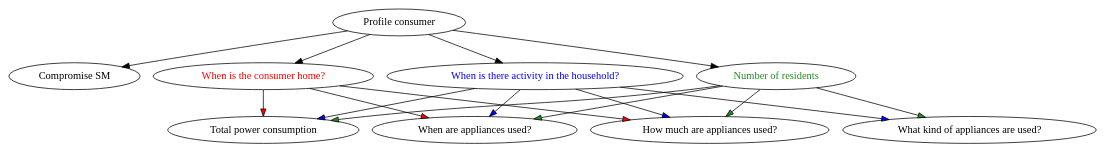
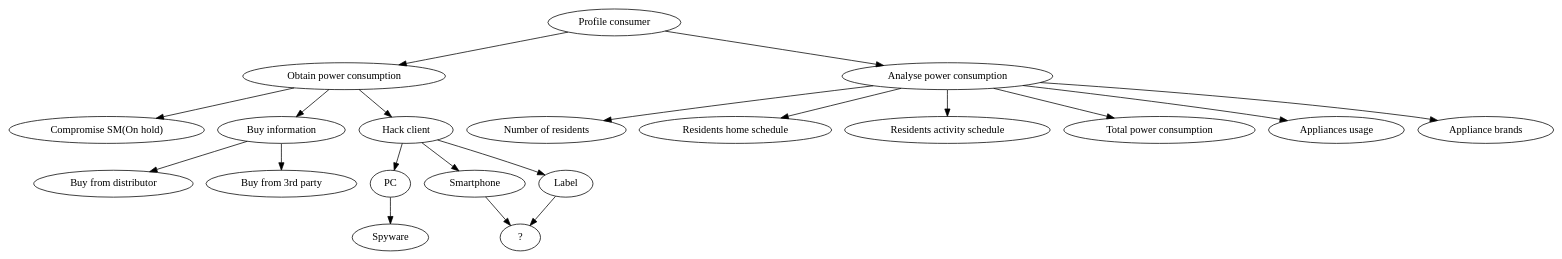
Before and after one commit to des904e15/report: the diagram in figures/graphviz/information_stealing_vs_consumer_tree.dot, drawn with Graphviz.

Commit message:
Rearranged the nodes and eliminated the questions

```diff
--- a/figures/graphviz/information_stealing_vs_consumer_tree.dot
+++ b/figures/graphviz/information_stealing_vs_consumer_tree.dot
@@ -1,20 +1,38 @@
 digraph G{
 	node [style=filled fillcolor=white]
 
 	root[label="Profile consumer"];
+
+	obtain_information[label="Obtain power consumption"]
+	analyse_power_consumption[label="Analyse power consumption"]
+
+	compromise_sm[label="Compromise SM(On hold)"];
+	buy_information[label="Buy information"]
+	hack_client[label="Hack client"];
+	residents[label="Number of residents"];
+	home[label="Residents home schedule"];
+	activity_residents[label="Residents activity schedule"];
+	total[label="Total power consumption"];
+	when_appl[label="Appliances usage"];
+	what_appl[label="Appliance brands"];
+
+	buy_distributor[label="Buy from distributor"];
+	buy_third_party[label="Buy from 3rd party"];
+	pc[label="PC"];
+	smartphone[label="Smartphone"];
+	tablet[label="Label"];
+
+	spyware[label="Spyware"];
+	questionmark[label="?"];
 	
-	compromise_sm[label="Compromise SM"];
-	home[fontcolor=red label="When is the consumer home?"];
-	activity[fontcolor=blue label="When is there activity in the household?"];
-	residents[fontcolor=forestgreen label="Number of residents"];
 
-	total[label="Total power consumption"];
-	when_appl[label="When are appliances used?"];
-	how_appl[label="How much are appliances used?"];
-	what_appl[label="What kind of appliances are used?"];
+	root -> obtain_information, analyse_power_consumption;
+	obtain_information -> compromise_sm, buy_information, hack_client;
+	analyse_power_consumption -> total, residents, activity_residents, home, when_appl, what_appl;
+	buy_information -> buy_distributor, buy_third_party;
+	hack_client -> smartphone, pc, tablet;
 
-	root -> compromise_sm, home, activity, residents;
-	home -> total, when_appl, how_appl [fillcolor = red];
-	activity -> total, when_appl, how_appl, what_appl [fillcolor = blue];
-	residents -> total, when_appl, how_appl, what_appl [fillcolor = forestgreen];
+	pc -> spyware;
+	smartphone -> questionmark;
+	tablet -> questionmark;	
 	}
```
